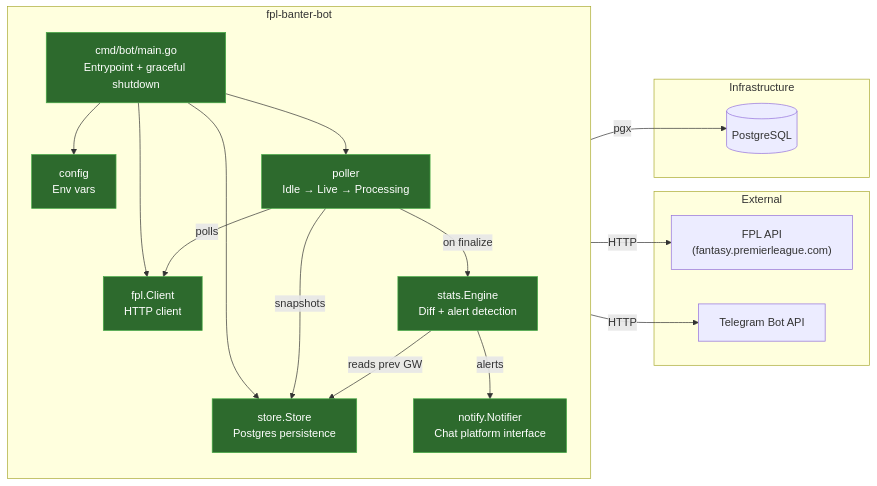
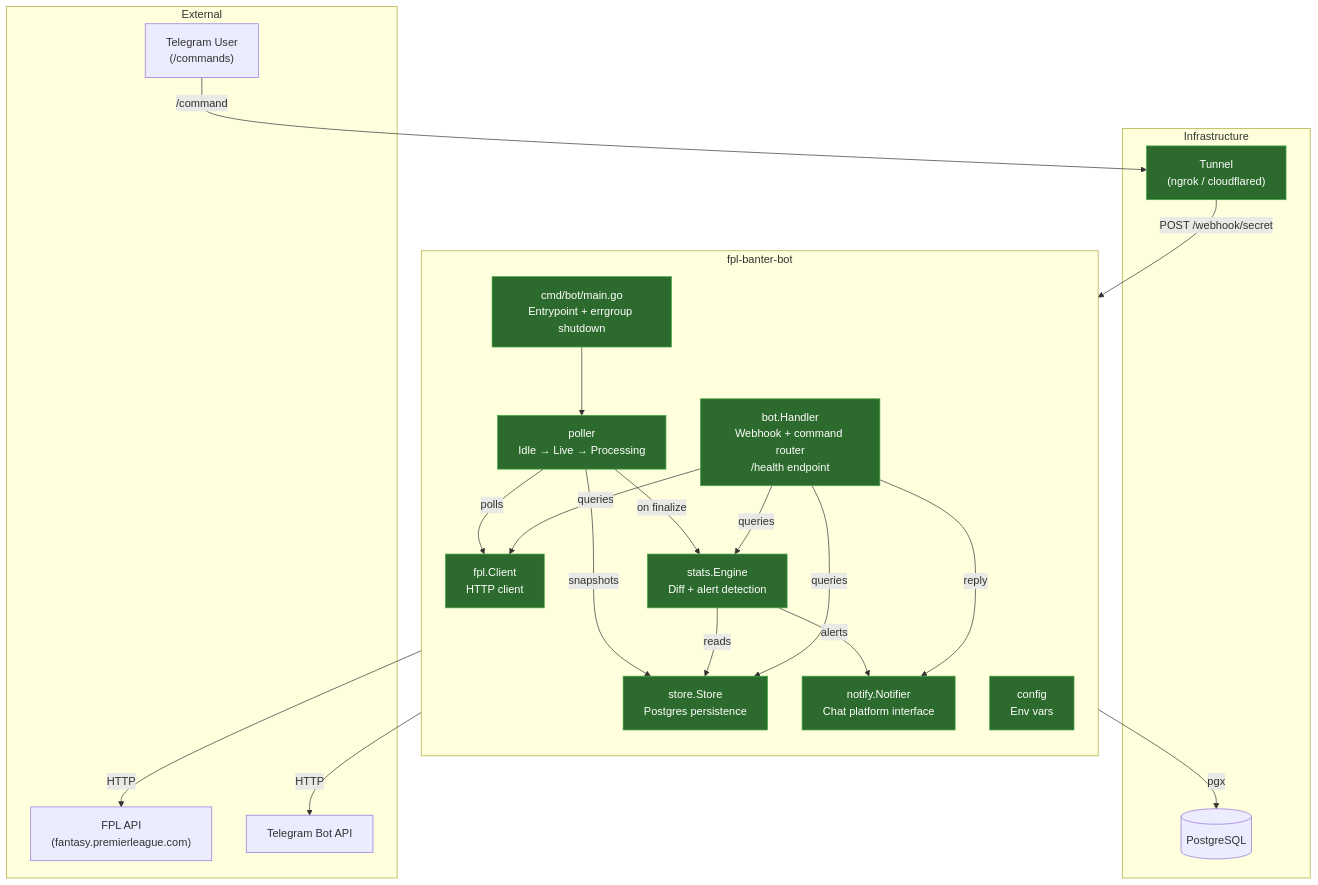
One commit to chrislonge/fpl-banter-bot changed the diagram in README.md. Above: the diagram before and after it, drawn with Mermaid. The commit also changed other lines of this file and 15 other files, not shown here.

First line of the commit message:
Implement Phase 1.7: Bot server, webhook handler, and reactive commands

````diff
--- a/README.md
+++ b/README.md
@@ -21,43 +28,54 @@
 ```mermaid
-flowchart LR
+flowchart TB
     subgraph External
         FPL["FPL API\n(fantasy.premierleague.com)"]
         TG["Telegram Bot API"]
+        USER["Telegram User\n(/commands)"]
     end
 
     subgraph "fpl-banter-bot"
         direction TB
-        MAIN["cmd/bot/main.go\nEntrypoint + graceful shutdown"]
+        MAIN["cmd/bot/main.go\nEntrypoint + errgroup shutdown"]
         CONFIG["config\nEnv vars"]
         CLIENT["fpl.Client\nHTTP client"]
         STORE["store.Store\nPostgres persistence"]
         POLLER["poller\nIdle → Live → Processing"]
         STATS["stats.Engine\nDiff + alert detection"]
         NOTIFY["notify.Notifier\nChat platform interface"]
+        BOT["bot.Handler\nWebhook + command router\n/health endpoint"]
     end
 
     subgraph Infrastructure
         PG[("PostgreSQL")]
+        TUNNEL["Tunnel\n(ngrok / cloudflared)"]
     end
 
-    MAIN --> CONFIG
-    MAIN --> CLIENT
-    MAIN --> STORE
+    %% Proactive path
     MAIN --> POLLER
     POLLER -- "polls" --> CLIENT
     CLIENT -- "HTTP" --> FPL
     POLLER -- "snapshots" --> STORE
     STORE -- "pgx" --> PG
     POLLER -- "on finalize" --> STATS
-    STATS -- "reads prev GW" --> STORE
+    STATS -- "reads" --> STORE
     STATS -- "alerts" --> NOTIFY
     NOTIFY -- "HTTP" --> TG
+
+    %% Reactive path
+    USER -- "/command" --> TUNNEL
+    TUNNEL -- "POST /webhook/secret" --> BOT
+    BOT -- "queries" --> STATS
+    BOT -- "queries" --> STORE
+    BOT -- "queries" --> CLIENT
+    BOT -- "reply" --> NOTIFY
 
     style CONFIG fill:#2d6a2d,stroke:#4a4,color:#fff
     style CLIENT fill:#2d6a2d,stroke:#4a4,color:#fff
     style STORE fill:#2d6a2d,stroke:#4a4,color:#fff
     style MAIN fill:#2d6a2d,stroke:#4a4,color:#fff
     style POLLER fill:#2d6a2d,stroke:#4a4,color:#fff
     style STATS fill:#2d6a2d,stroke:#4a4,color:#fff
     style NOTIFY fill:#2d6a2d,stroke:#4a4,color:#fff
+    style BOT fill:#2d6a2d,stroke:#4a4,color:#fff
+    style TUNNEL fill:#2d6a2d,stroke:#4a4,color:#fff
 ```
````
